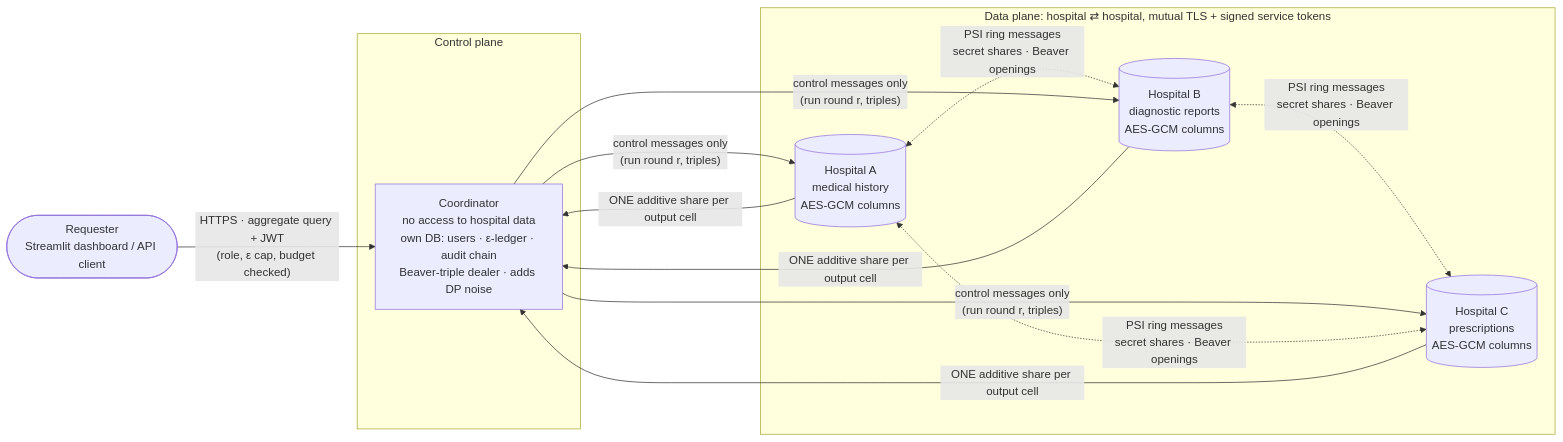
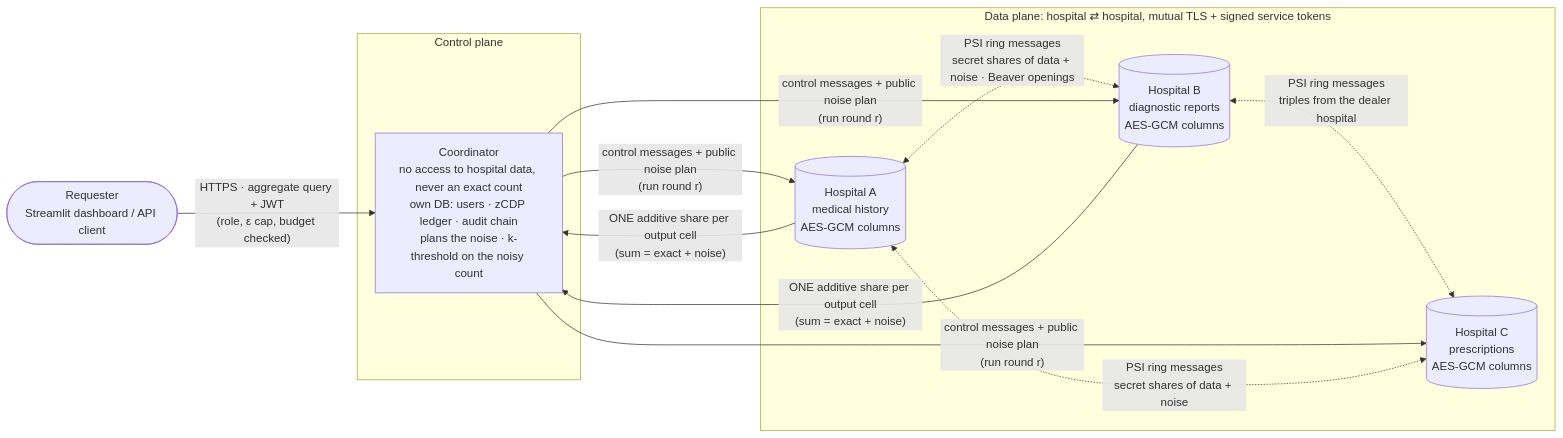
One commit to Gopesh456/fedhealth changed the diagram in README.md. Above: the diagram before and after it, drawn with Mermaid. The commit also changed other lines of this file and 88 other files, not shown here.

First line of the commit message:
Harden privacy protocol: DP inside MPC, public deadlines, Synthea data

````diff
--- a/README.md
+++ b/README.md
@@ -84,20 +87,20 @@
 ```mermaid
 flowchart LR
     R(["Requester<br/>Streamlit dashboard / API client"]) -->|"HTTPS · aggregate query + JWT<br/>(role, ε cap, budget checked)"| C
 
     subgraph CP["Control plane"]
-        C["Coordinator<br/>no access to hospital data<br/>own DB: users · ε-ledger · audit chain<br/>Beaver-triple dealer · adds DP noise"]
+        C["Coordinator<br/>no access to hospital data, never an exact count<br/>own DB: users · zCDP ledger · audit chain<br/>plans the noise · k-threshold on the noisy count"]
     end
 
     subgraph DPL["Data plane: hospital ⇄ hospital, mutual TLS + signed service tokens"]
         A[("Hospital A<br/>medical history<br/>AES-GCM columns")]
         B[("Hospital B<br/>diagnostic reports<br/>AES-GCM columns")]
         D[("Hospital C<br/>prescriptions<br/>AES-GCM columns")]
-        A <-. "PSI ring messages<br/>secret shares · Beaver openings" .-> B
-        B <-. "PSI ring messages<br/>secret shares · Beaver openings" .-> D
-        D <-. "PSI ring messages<br/>secret shares · Beaver openings" .-> A
+        A <-. "PSI ring messages<br/>secret shares of data + noise · Beaver openings" .-> B
+        B <-. "PSI ring messages<br/>triples from the dealer hospital" .-> D
+        D <-. "PSI ring messages<br/>secret shares of data + noise" .-> A
     end
 
-    C -- "control messages only<br/>(run round r, triples)" --> A & B & D
-    A & B & D -- "ONE additive share per output cell" --> C
+    C -- "control messages + public noise plan<br/>(run round r)" --> A & B & D
+    A & B -- "ONE additive share per output cell<br/>(sum = exact + noise)" --> C
 ```
````
